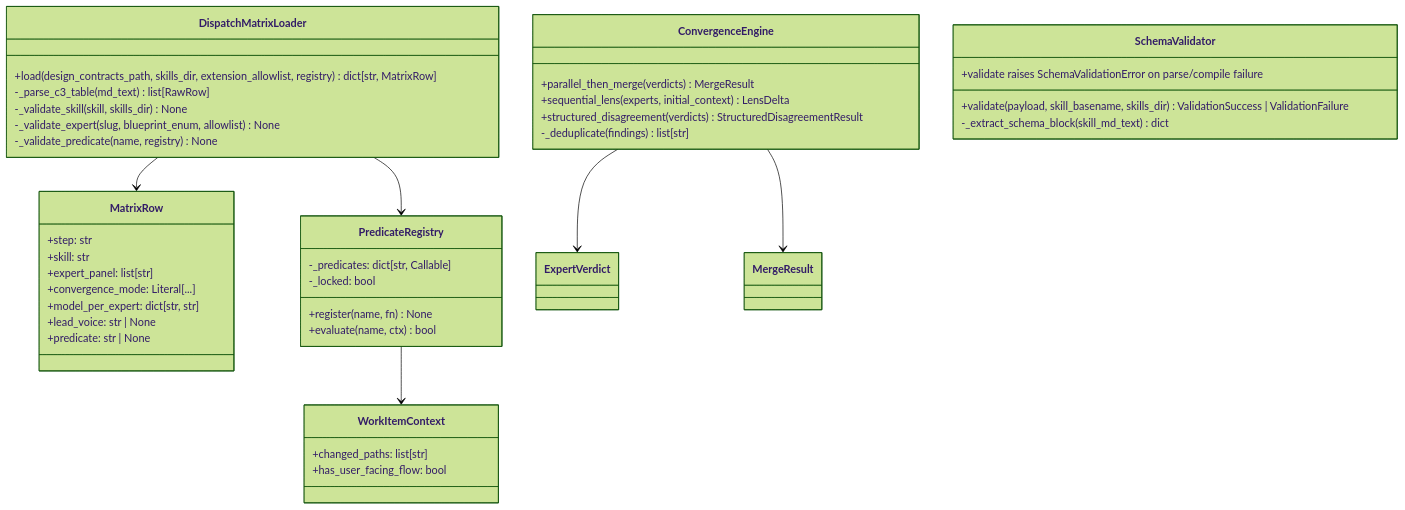
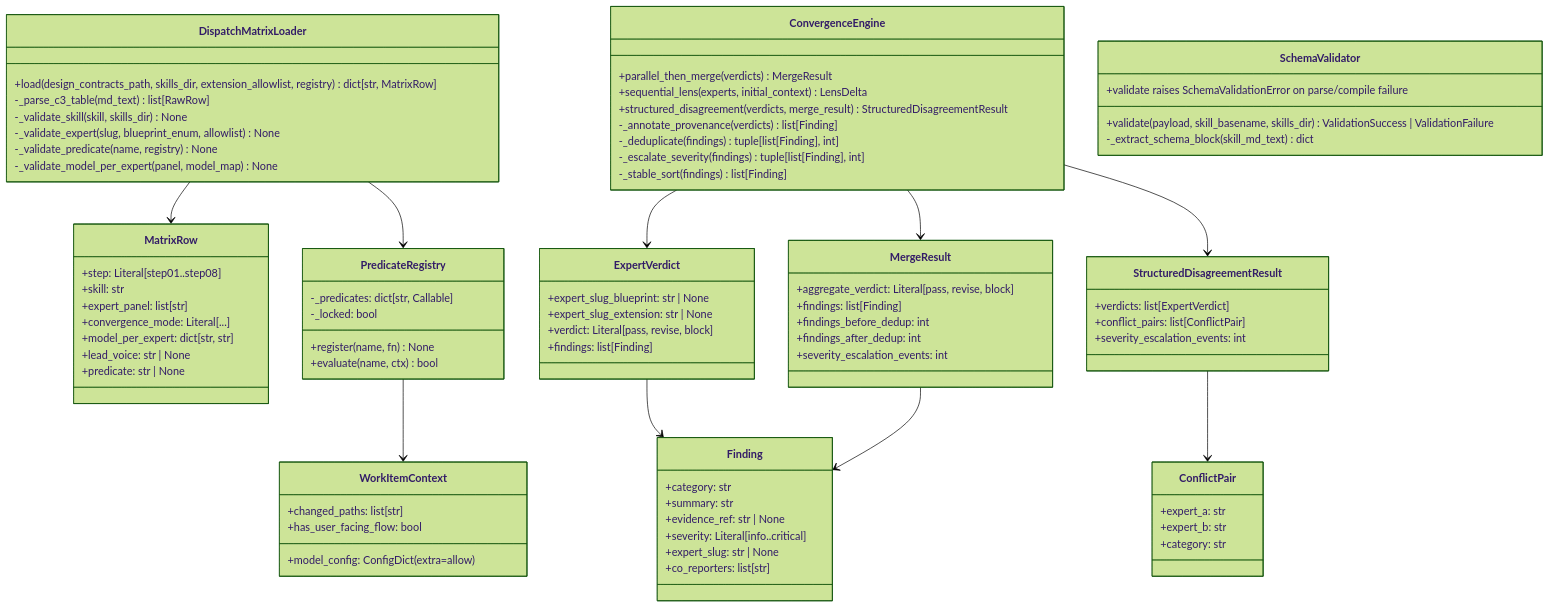
The first of 2 diagrams in specs/2026-06-29-issue-373-orchestrator-core/architecture.md (sbonoc/stackit-platform-blueprint), drawn with Mermaid (forest theme) before and after one commit. The commit also changed other lines of this file and 2 other files, not shown here.

First paragraph of the commit message:
fix(issue-373-orchestrator-core): lock public API contracts before merge (8 load-bearing fixes)
Second-pass drift audit found 18 findings, 8 of which would force #361.2/.3/.5
to either re-invent contracts or amend this child's API post-merge. Fixed all 8:

````diff
--- a/specs/2026-06-29-issue-373-orchestrator-core/architecture.md
+++ b/specs/2026-06-29-issue-373-orchestrator-core/architecture.md
@@ -33,9 +33,10 @@
         -_validate_skill(skill, skills_dir) None
         -_validate_expert(slug, blueprint_enum, allowlist) None
         -_validate_predicate(name, registry) None
+        -_validate_model_per_expert(panel, model_map) None
     }
     class MatrixRow {
-        +step: str
+        +step: Literal[step01..step08]
         +skill: str
         +expert_panel: list[str]
         +convergence_mode: Literal[...]
@@ -46,8 +47,11 @@
     class ConvergenceEngine {
         +parallel_then_merge(verdicts) MergeResult
         +sequential_lens(experts, initial_context) LensDelta
-        +structured_disagreement(verdicts) StructuredDisagreementResult
-        -_deduplicate(findings) list[str]
+        +structured_disagreement(verdicts, merge_result) StructuredDisagreementResult
+        -_annotate_provenance(verdicts) list[Finding]
+        -_deduplicate(findings) tuple[list[Finding], int]
+        -_escalate_severity(findings) tuple[list[Finding], int]
+        -_stable_sort(findings) list[Finding]
     }
     class SchemaValidator {
         +validate(payload, skill_basename, skills_dir) ValidationSuccess | ValidationFailure
@@ -63,10 +67,46 @@
     class WorkItemContext {
         +changed_paths: list[str]
         +has_user_facing_flow: bool
+        +model_config: ConfigDict(extra=allow)
+    }
+    class Finding {
+        +category: str
+        +summary: str
+        +evidence_ref: str | None
+        +severity: Literal[info..critical]
+        +expert_slug: str | None
+        +co_reporters: list[str]
+    }
+    class ExpertVerdict {
+        +expert_slug_blueprint: str | None
+        +expert_slug_extension: str | None
+        +verdict: Literal[pass, revise, block]
+        +findings: list[Finding]
+    }
+    class MergeResult {
+        +aggregate_verdict: Literal[pass, revise, block]
+        +findings: list[Finding]
+        +findings_before_dedup: int
+        +findings_after_dedup: int
+        +severity_escalation_events: int
+    }
+    class ConflictPair {
+        +expert_a: str
+        +expert_b: str
+        +category: str
+    }
+    class StructuredDisagreementResult {
+        +verdicts: list[ExpertVerdict]
+        +conflict_pairs: list[ConflictPair]
+        +severity_escalation_events: int
     }
     DispatchMatrixLoader --> MatrixRow
     DispatchMatrixLoader --> PredicateRegistry
     ConvergenceEngine --> ExpertVerdict
     ConvergenceEngine --> MergeResult
+    ConvergenceEngine --> StructuredDisagreementResult
+    ExpertVerdict --> Finding
+    MergeResult --> Finding
+    StructuredDisagreementResult --> ConflictPair
     PredicateRegistry --> WorkItemContext
 ```
````
